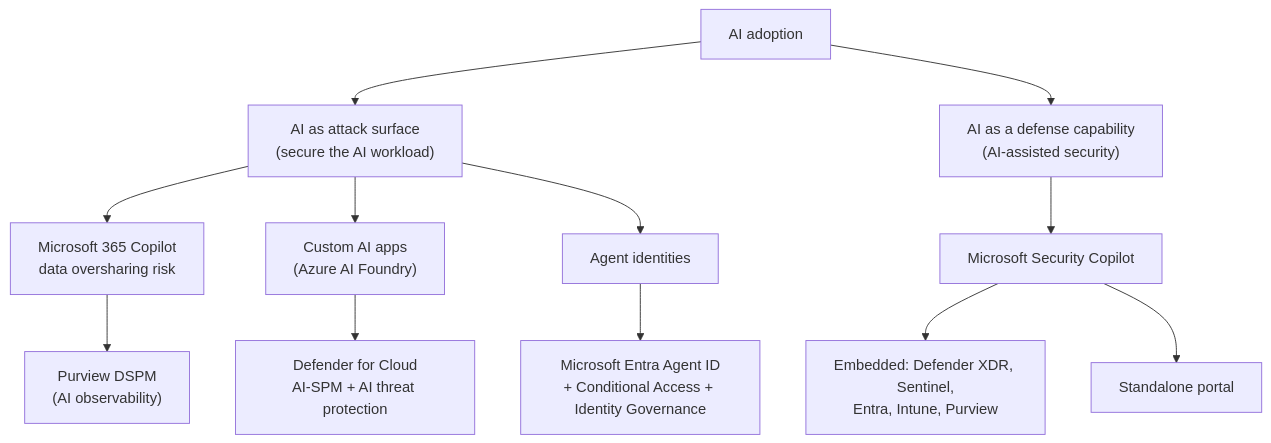
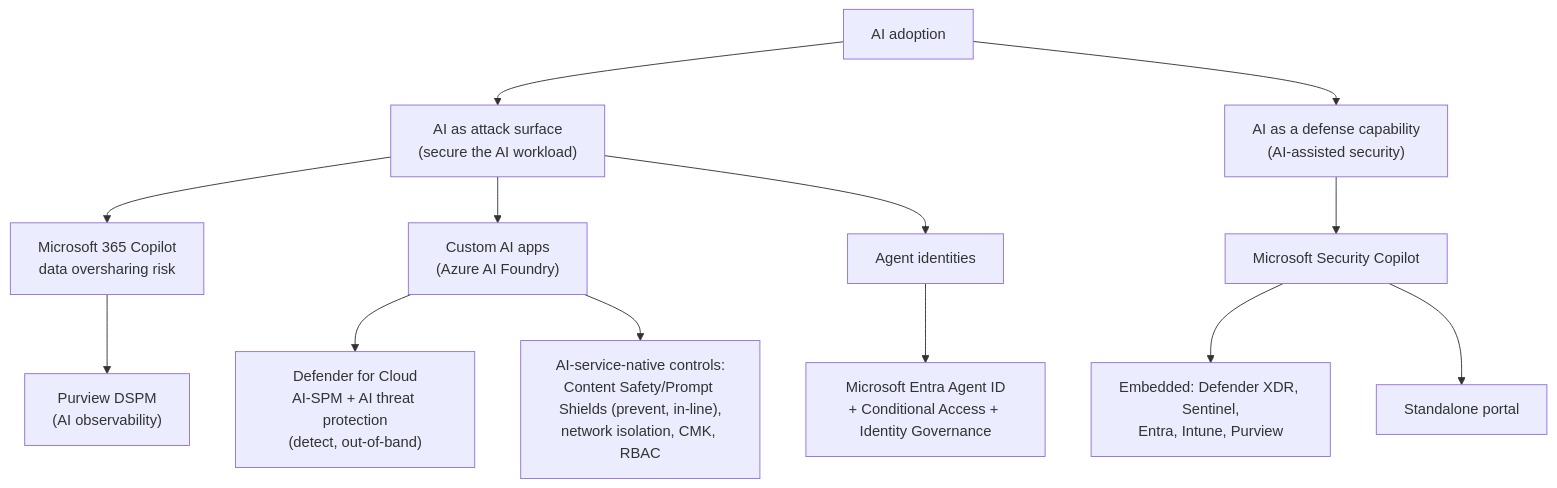
Before and after one commit to DhruvKai/SC-100: the first of 2 diagrams in 01 Security Strategy/AI and Copilot Security Architecture.md, drawn with Mermaid. The commit also changed other lines of this file and 2 other files, not shown here.

````diff
--- a/01 Security Strategy/AI and Copilot Security Architecture.md
+++ b/01 Security Strategy/AI and Copilot Security Architecture.md
@@ -60,17 +72,18 @@
 ```mermaid
 flowchart TD
     AI["AI adoption"] --> Attack["AI as attack surface<br/>(secure the AI workload)"]
     AI --> Defense["AI as a defense capability<br/>(AI-assisted security)"]
 
     Attack --> M365C["Microsoft 365 Copilot<br/>data oversharing risk"]
     Attack --> CustomAI["Custom AI apps<br/>(Azure AI Foundry)"]
     Attack --> AgentID["Agent identities"]
 
     M365C --> DSPM["Purview DSPM<br/>(AI observability)"]
-    CustomAI --> AISPM["Defender for Cloud<br/>AI-SPM + AI threat protection"]
+    CustomAI --> AISPM["Defender for Cloud<br/>AI-SPM + AI threat protection<br/>(detect, out-of-band)"]
+    CustomAI --> Native["AI-service-native controls:<br/>Content Safety/Prompt Shields (prevent, in-line),<br/>network isolation, CMK, RBAC"]
     AgentID --> Ent["Microsoft Entra Agent ID<br/>+ Conditional Access + Identity Governance"]
 
     Defense --> SecCopilot["Microsoft Security Copilot"]
     SecCopilot --> Embedded["Embedded: Defender XDR, Sentinel,<br/>Entra, Intune, Purview"]
     SecCopilot --> Standalone["Standalone portal"]
 ```
````
